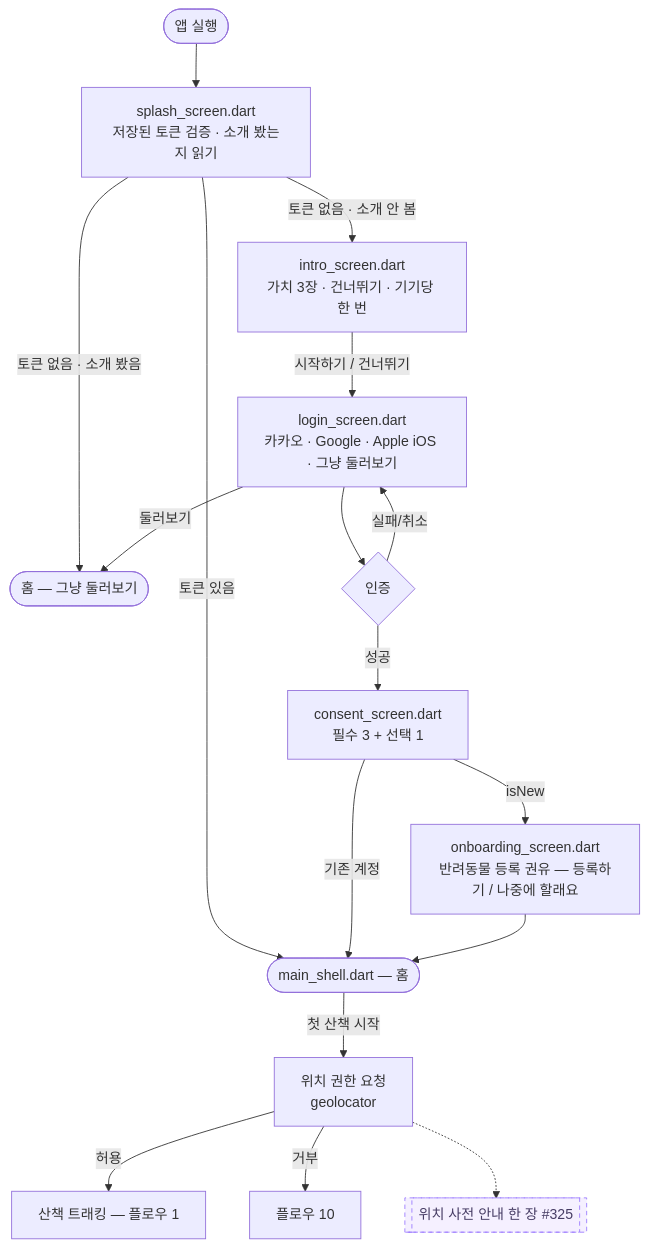
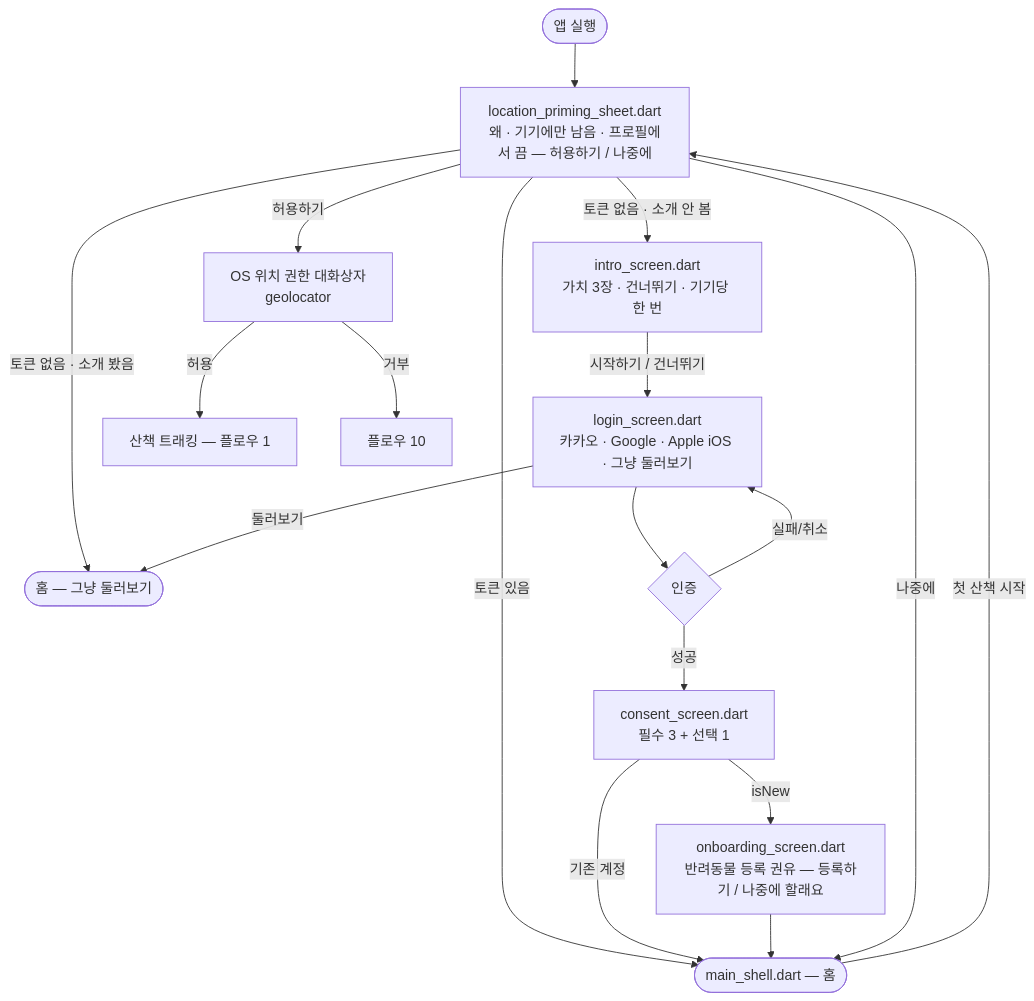
Before and after one commit to sanghyunbang/pawloop: the fourth of 12 diagrams in docs/01-design/user-flows.md, drawn with Mermaid. The commit also changed other lines of this file and 9 other files, not shown here.

First line of the commit message:
fix(app): 첫 산책 시작 앞에 위치 사전 안내 한 장 — 허용하기 뒤에만 OS 대화상자, 거부한 뒤엔 설정에서 켜기 · 등록 권유의 "추천" 제거 · 동의 미체크는 빈 원 (#325)

````diff
--- a/docs/01-design/user-flows.md
+++ b/docs/01-design/user-flows.md
@@ -145,20 +145,20 @@
 ```mermaid
 flowchart TD
     A([앱 실행]) --> S[splash_screen.dart<br/>저장된 토큰 검증 · 소개 봤는지 읽기]
     S -->|토큰 있음| H([main_shell.dart — 홈])
     S -->|토큰 없음 · 소개 안 봄| I[intro_screen.dart<br/>가치 3장 · 건너뛰기 · 기기당 한 번]
     S -->|토큰 없음 · 소개 봤음| G([홈 — 그냥 둘러보기])
     I -->|시작하기 / 건너뛰기| D[login_screen.dart<br/>카카오 · Google · Apple iOS · 그냥 둘러보기]
     D -->|둘러보기| G
     D --> D1{인증}
     D1 -->|실패/취소| D
     D1 -->|성공| C[consent_screen.dart<br/>필수 3 + 선택 1]
     C -->|isNew| E[onboarding_screen.dart<br/>반려동물 등록 권유 — 등록하기 / 나중에 할래요]
     C -->|기존 계정| H
     E --> H
-    H -->|첫 산책 시작| F[위치 권한 요청<br/>geolocator]
+    H -->|첫 산책 시작| S[location_priming_sheet.dart<br/>왜 · 기기에만 남음 · 프로필에서 끔 — 허용하기 / 나중에]
+    S -->|허용하기| F[OS 위치 권한 대화상자<br/>geolocator]
+    S -->|나중에| H
     F -->|허용| T[산책 트래킹 — 플로우 1]
     F -->|거부| T2[플로우 10]
-    F -.-> P1[[위치 사전 안내 한 장 #325]]:::todo
-    classDef todo fill:#f5f0ff,stroke:#9B7BFF,stroke-dasharray:5 4,color:#463C64;
 ```
````
